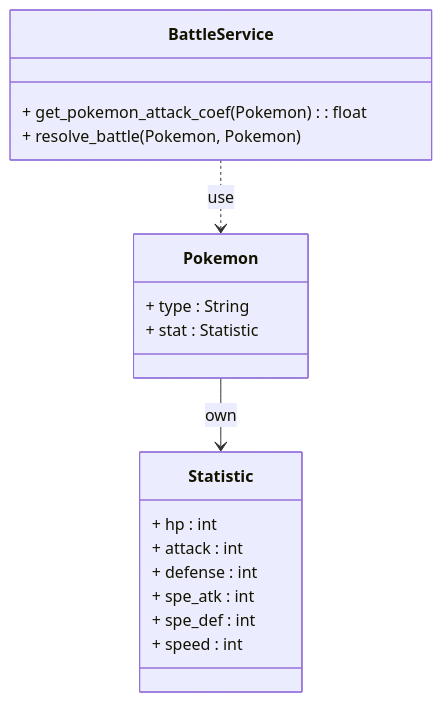
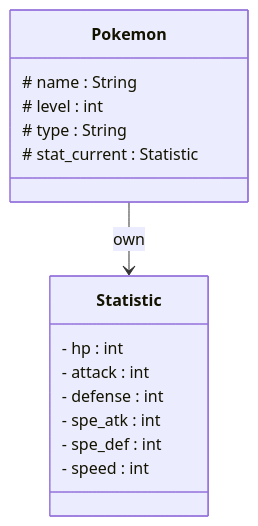
The first of 5 diagrams in doc/TP1.md (ludo2ne/ENSAI-2A-complement-info), drawn with Mermaid before and after one commit. The commit also changed other lines of this file and 5 other files, not shown here.

````diff
--- a/doc/TP1.md
+++ b/doc/TP1.md
@@ -69,24 +69,20 @@
 ```mermaid
 classDiagram
   class Pokemon {
-    + type : String
-    + stat : Statistic
+    # name : String
+    # level : int
+    # type : String
+    # stat_current : Statistic
   }
   
   class Statistic {
-    + hp : int
-    + attack : int
-    + defense : int
-    + spe_atk : int
-    + spe_def : int
-    + speed : int
+    - hp : int
+    - attack : int
+    - defense : int
+    - spe_atk : int
+    - spe_def : int
+    - speed : int
   }
   
-  class BattleService {
-    + get_pokemon_attack_coef(Pokemon) : float
-    + resolve_battle(Pokemon, Pokemon)
-  } 
-  
-  BattleService ..> Pokemon : use
   Pokemon --> Statistic : own
 ```
````
